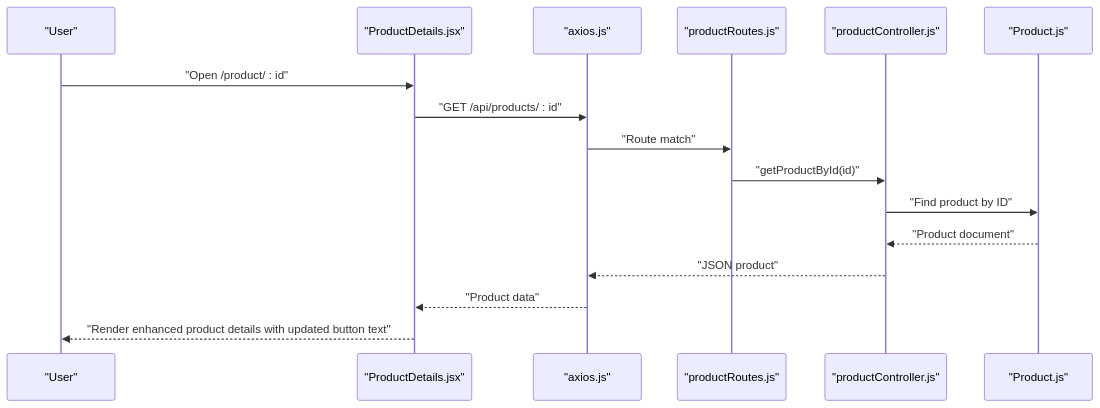
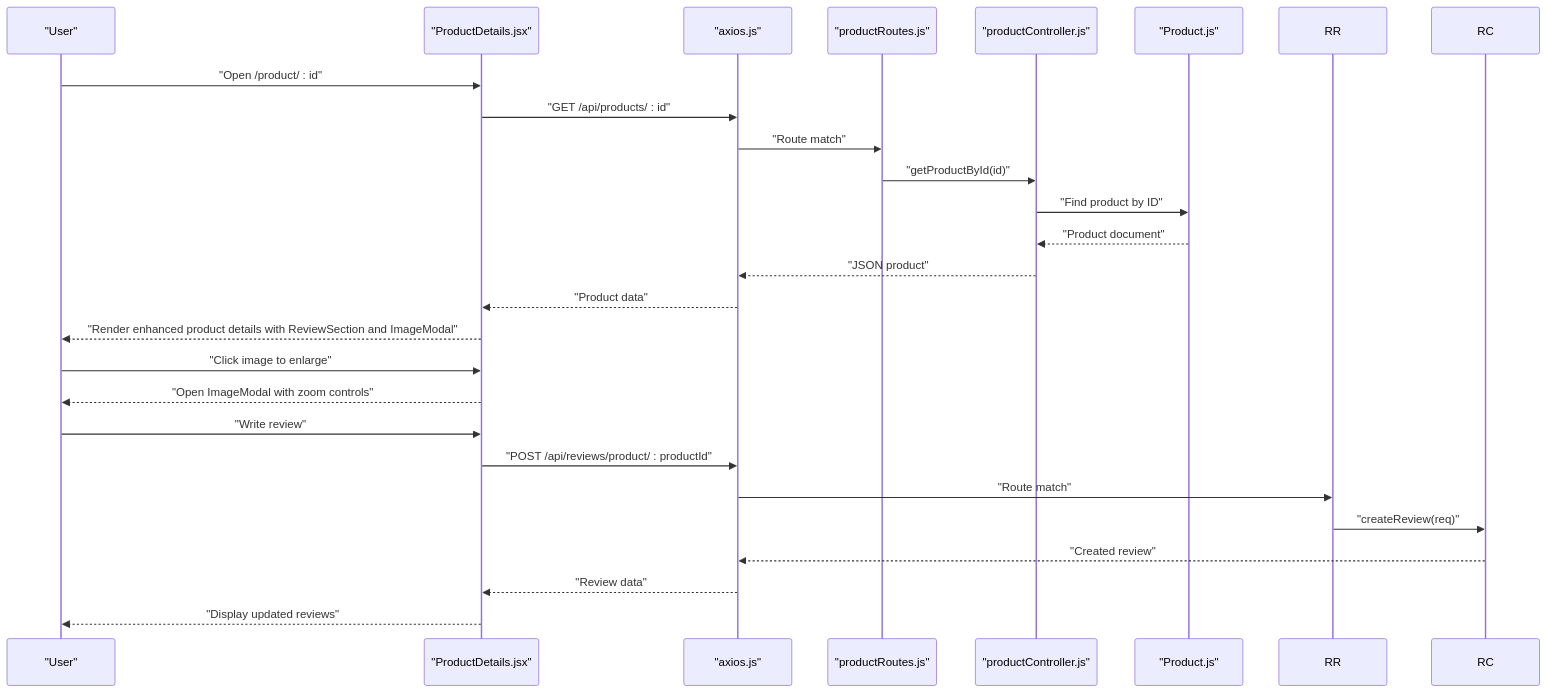
One commit to Pavan-PSPK9032/TrendsandToss changed the second of 5 diagrams in .qoder/repowiki/en/content/Shopping Experience/Product Details & Selection.md. Above: the diagram before and after it, drawn with Mermaid. The commit also changed other lines of this file and 5 other files, not shown here.

````diff
--- a/.qoder/repowiki/en/content/Shopping Experience/Product Details & Selection.md
+++ b/.qoder/repowiki/en/content/Shopping Experience/Product Details & Selection.md
@@ -150,18 +180,27 @@
 ```mermaid
 sequenceDiagram
 participant U as "User"
 participant PD as "ProductDetails.jsx"
 participant AX as "axios.js"
 participant PR as "productRoutes.js"
 participant PC as "productController.js"
 participant PM as "Product.js"
 U->>PD : "Open /product/ : id"
 PD->>AX : "GET /api/products/ : id"
 AX->>PR : "Route match"
 PR->>PC : "getProductById(id)"
 PC->>PM : "Find product by ID"
 PM-->>PC : "Product document"
 PC-->>AX : "JSON product"
 AX-->>PD : "Product data"
-PD-->>U : "Render enhanced product details with updated button text"
+PD-->>U : "Render enhanced product details with ReviewSection and ImageModal"
+U->>PD : "Click image to enlarge"
+PD-->>U : "Open ImageModal with zoom controls"
+U->>PD : "Write review"
+PD->>AX : "POST /api/reviews/product/ : productId"
+AX->>RR : "Route match"
+RR->>RC : "createReview(req)"
+RC-->>AX : "Created review"
+AX-->>PD : "Review data"
+PD-->>U : "Display updated reviews"
 ```
````
